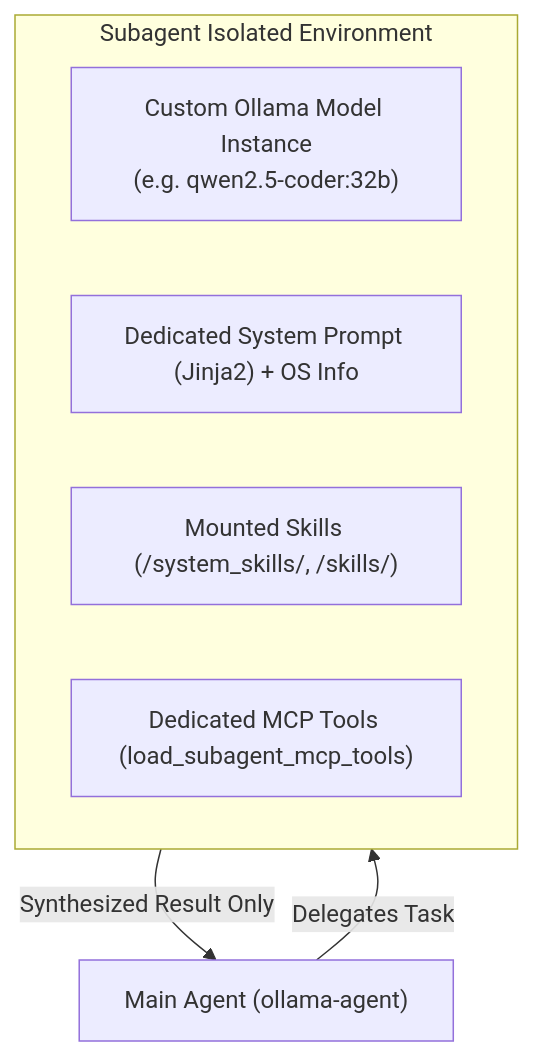
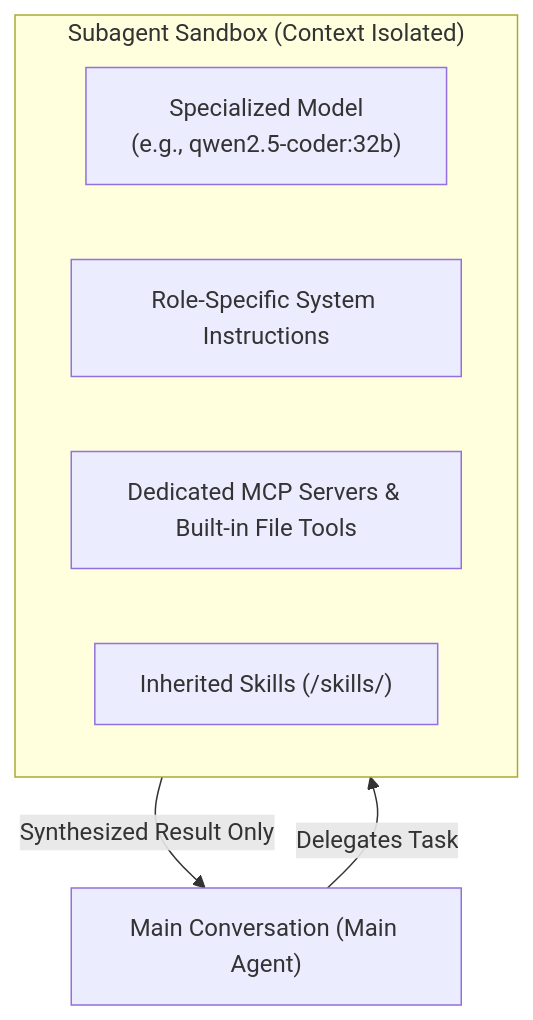
The diagram in docs/subagents.md (arrase/ollama-agent), drawn with Mermaid before and after one commit. The commit also changed other lines of this file and 10 other files, not shown here.

````diff
--- a/docs/subagents.md
+++ b/docs/subagents.md
@@ -5,13 +5,13 @@
 ```mermaid
 flowchart TD
-    MainAgent["Main Agent (ollama-agent)"] -->|"Delegates Task"| SubagentGraph
+    MainAgent["Main Conversation (Main Agent)"] -->|"Delegates Task"| SubagentGraph
     
-    subgraph SubagentGraph ["Subagent Isolated Environment"]
-        SubModel["Custom Ollama Model Instance\n(e.g. qwen2.5-coder:32b)"]
-        SubPrompt["Dedicated System Prompt (Jinja2) + OS Info"]
-        SubSkills["Mounted Skills (/system_skills/, /skills/)"]
-        SubMCP["Dedicated MCP Tools (load_subagent_mcp_tools)"]
+    subgraph SubagentGraph ["Subagent Sandbox (Context Isolated)"]
+        SubModel["Specialized Model\n(e.g., qwen2.5-coder:32b)"]
+        SubPrompt["Role-Specific System Instructions"]
+        SubTools["Dedicated MCP Servers & Built-in File Tools"]
+        SubSkills["Inherited Skills (/skills/)"]
     end
     
     SubagentGraph -->|"Synthesized Result Only"| MainAgent
 ```
````
